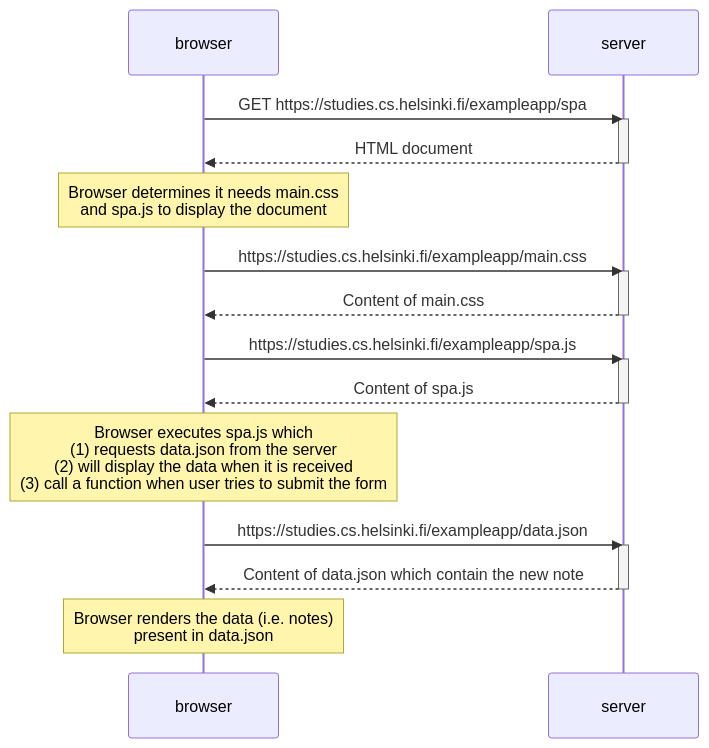
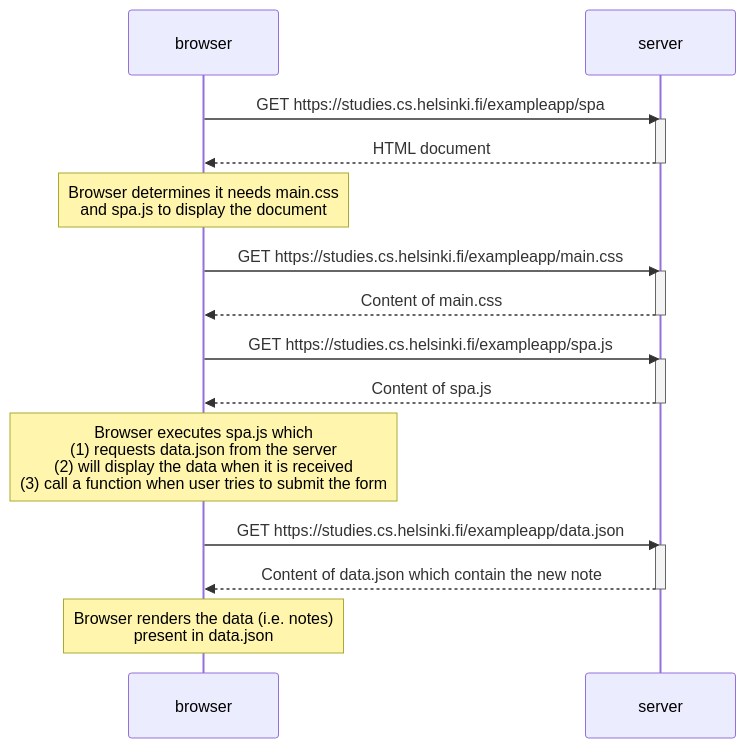
The diagram in part0/ex-5.md (salmanarshad2000/fullstackopen), drawn with Mermaid before and after one commit. The commit also changed 1 other file, not shown here.

Commit message:
part 0 - review 2

````diff
--- a/part0/ex-5.md
+++ b/part0/ex-5.md
@@ -3,29 +3,29 @@
  ```mermaid
 sequenceDiagram
     participant browser
     participant server
 
     browser->>server: GET https://studies.cs.helsinki.fi/exampleapp/spa
     activate server
     server-->>browser: HTML document
     deactivate server
 
     Note over browser: Browser determines it needs main.css<br>and spa.js to display the document
-    browser->>server: https://studies.cs.helsinki.fi/exampleapp/main.css
+    browser->>server: GET https://studies.cs.helsinki.fi/exampleapp/main.css
     activate server
     server-->>browser: Content of main.css
     deactivate server
 
-    browser->>server: https://studies.cs.helsinki.fi/exampleapp/spa.js
+    browser->>server: GET https://studies.cs.helsinki.fi/exampleapp/spa.js
     activate server
     server-->>browser: Content of spa.js
     deactivate server
 
     Note over browser: Browser executes spa.js which<br>(1) requests data.json from the server<br>(2) will display the data when it is received<br>(3) call a function when user tries to submit the form
-    browser->>server: https://studies.cs.helsinki.fi/exampleapp/data.json
+    browser->>server: GET https://studies.cs.helsinki.fi/exampleapp/data.json
     activate server
     server-->>browser: Content of data.json which contain the new note
     deactivate server
 
     Note over browser: Browser renders the data (i.e. notes)<br>present in data.json
 ```
````
